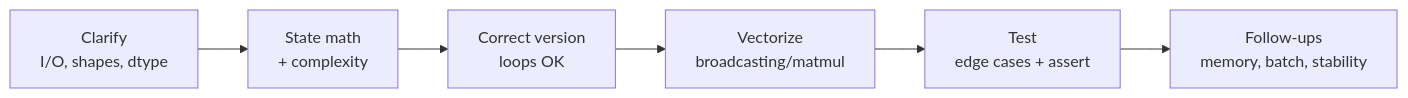
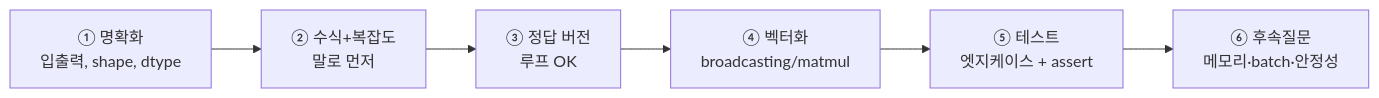
Before and after one commit to beomyoung-kim/ml_study: the diagram in content/ml-coding/intro.ko.md, drawn with Mermaid. The commit also changed other lines of this file and 209 other files, not shown here.

````diff
--- a/content/ml-coding/intro.ko.md
+++ b/content/ml-coding/intro.ko.md
@@ -35,8 +71,8 @@
 ```mermaid
 flowchart LR
-  A["Clarify<br/>I/O, shapes, dtype"] --> B["State math<br/>+ complexity"]
-  B --> C["Correct version<br/>loops OK"]
-  C --> D["Vectorize<br/>broadcasting/matmul"]
-  D --> E["Test<br/>edge cases + assert"]
-  E --> F["Follow-ups<br/>memory, batch, stability"]
+  A["① 명확화<br/>입출력, shape, dtype"] --> B["② 수식+복잡도<br/>말로 먼저"]
+  B --> C["③ 정답 버전<br/>루프 OK"]
+  C --> D["④ 벡터화<br/>broadcasting/matmul"]
+  D --> E["⑤ 테스트<br/>엣지케이스 + assert"]
+  E --> F["⑥ 후속질문<br/>메모리·batch·안정성"]
 ```
````
